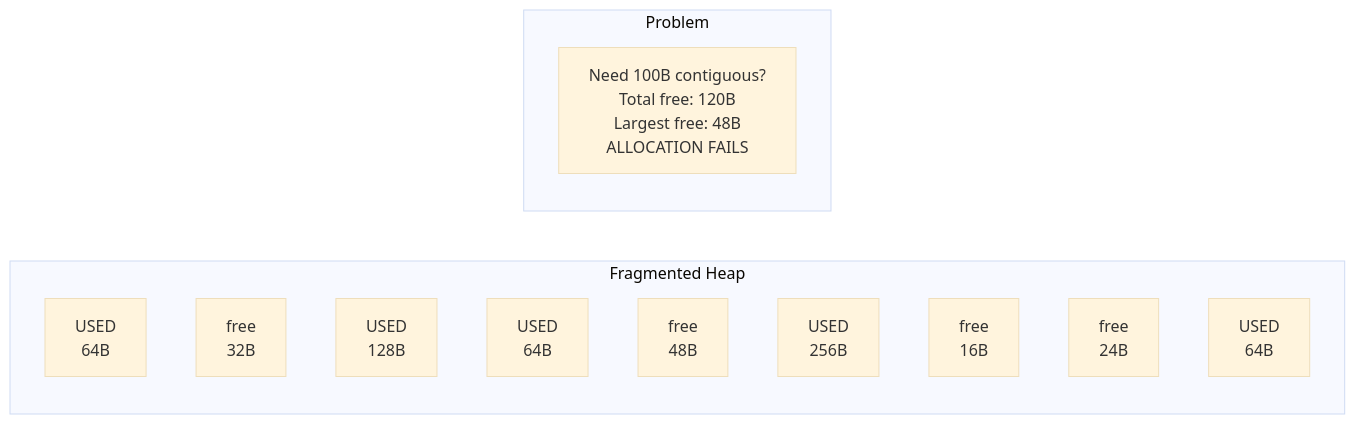
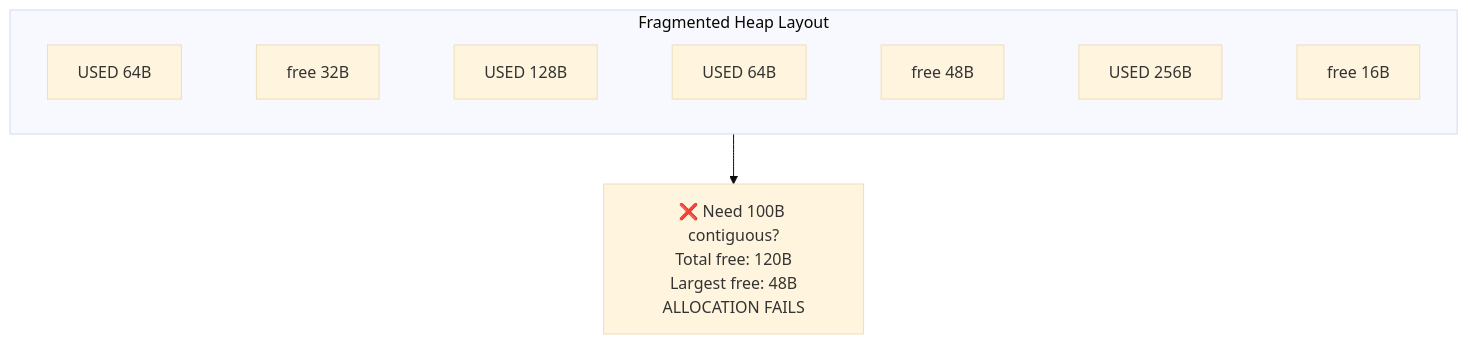
The fifth of 14 diagrams in Documentation/Object Pool/Companion Guide - ObjectPool.md (schroedermatthew/FatP), drawn with Mermaid (base theme) before and after one commit. The commit also changed other lines of this file, not shown here.

Commit message:
Fix Mermaid Diagram

````diff
--- a/Documentation/Object Pool/Companion Guide - ObjectPool.md
+++ b/Documentation/Object Pool/Companion Guide - ObjectPool.md
@@ -467,18 +467,10 @@
 ```mermaid
-flowchart LR
-    subgraph Fragmented["Fragmented Heap"]
-        U1["USED<br/>64B"]
-        F1["free<br/>32B"]
-        U2["USED<br/>128B"]
-        U3["USED<br/>64B"]
-        F2["free<br/>48B"]
-        U4["USED<br/>256B"]
-        F3["free<br/>16B"]
-        F4["free<br/>24B"]
-        U5["USED<br/>64B"]
+flowchart TD
+    subgraph Heap["Fragmented Heap Layout"]
+        direction LR
+        U1["USED 64B"] ~~~ F1["free 32B"] ~~~ U2["USED 128B"] ~~~ U3["USED 64B"]
+        U3 ~~~ F2["free 48B"] ~~~ U4["USED 256B"] ~~~ F3["free 16B"]
     end
     
-    subgraph Problem["Problem"]
-        Q["Need 100B contiguous?<br/>Total free: 120B<br/>Largest free: 48B<br/>ALLOCATION FAILS"]
-    end
+    Heap --> Problem["❌ Need 100B contiguous?<br/>Total free: 120B<br/>Largest free: 48B<br/>ALLOCATION FAILS"]
 ```
````
